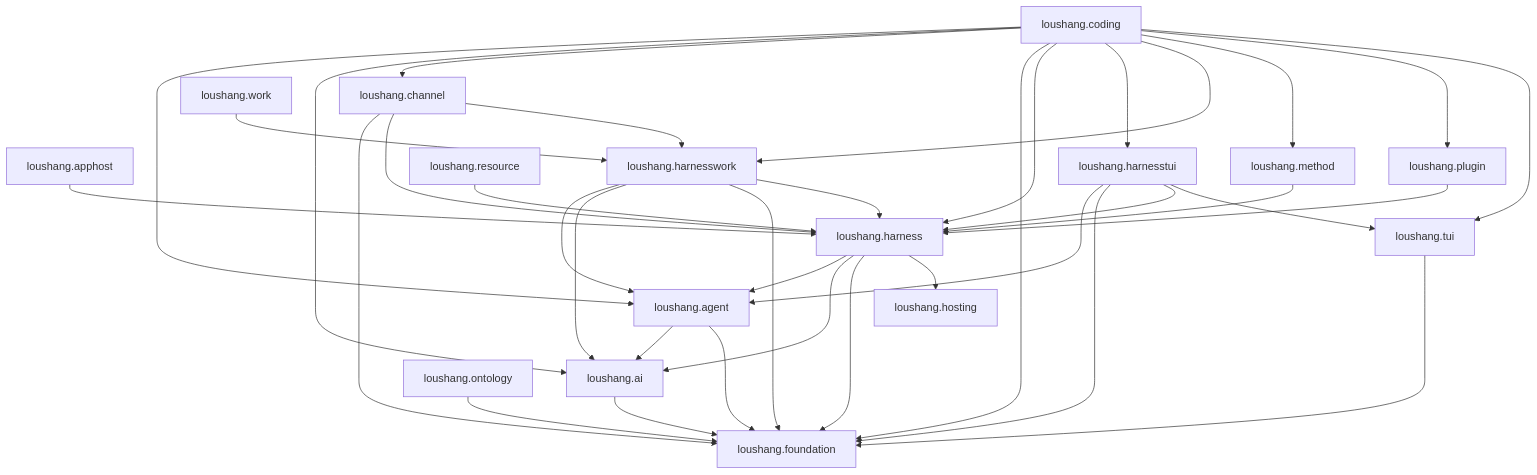
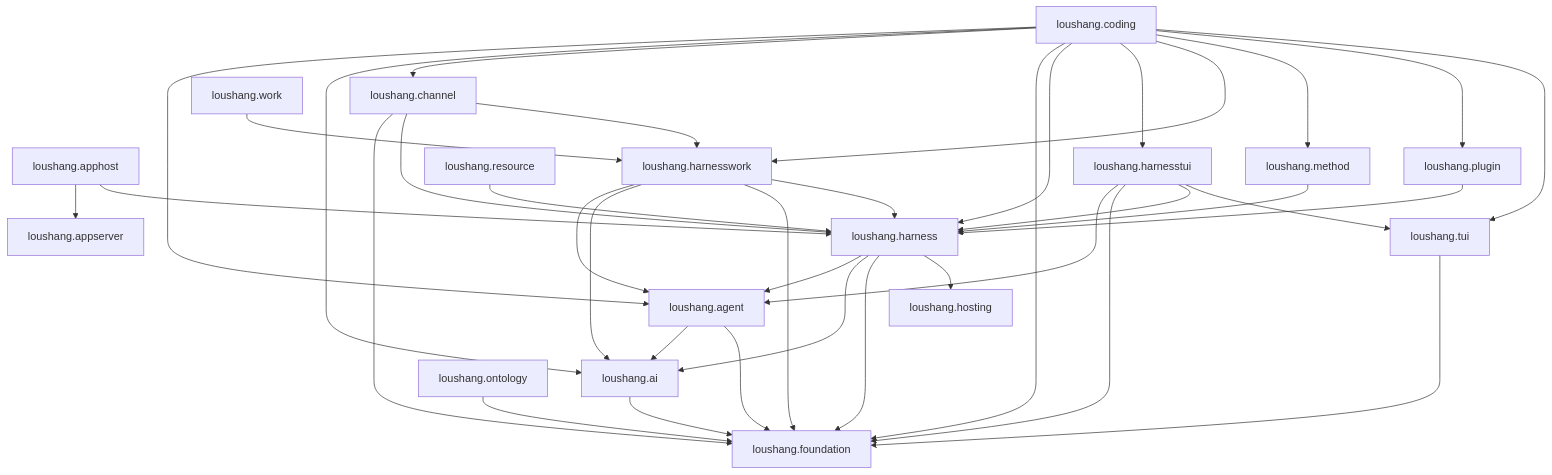
The diagram in docs/internals/architecture/generated/current-package-dependencies.md (zhnt/loushang), drawn with Mermaid before and after one commit. The commit also changed other lines of this file and 35 other files, not shown here.

````diff
--- a/docs/internals/architecture/generated/current-package-dependencies.md
+++ b/docs/internals/architecture/generated/current-package-dependencies.md
@@ -27,55 +27,57 @@
 ```mermaid
 graph TD
     PKG_AGENT["loushang.agent"]
     PKG_AI["loushang.ai"]
     PKG_APPHOST["loushang.apphost"]
+    PKG_APPSERVER["loushang.appserver"]
     PKG_CHANNEL["loushang.channel"]
     PKG_CODING["loushang.coding"]
     PKG_FOUNDATION["loushang.foundation"]
     PKG_HARNESS["loushang.harness"]
     PKG_HARNESSTUI["loushang.harnesstui"]
     PKG_HARNESSWORK["loushang.harnesswork"]
     PKG_HOSTING["loushang.hosting"]
     PKG_METHOD["loushang.method"]
     PKG_ONTOLOGY["loushang.ontology"]
     PKG_PLUGIN["loushang.plugin"]
     PKG_RESOURCE["loushang.resource"]
     PKG_TUI["loushang.tui"]
     PKG_WORK["loushang.work"]
 
     PKG_AGENT --> PKG_AI
     PKG_AGENT --> PKG_FOUNDATION
     PKG_AI --> PKG_FOUNDATION
+    PKG_APPHOST --> PKG_APPSERVER
     PKG_APPHOST --> PKG_HARNESS
     PKG_CHANNEL --> PKG_FOUNDATION
     PKG_CHANNEL --> PKG_HARNESS
     PKG_CHANNEL --> PKG_HARNESSWORK
     PKG_CODING --> PKG_AGENT
     PKG_CODING --> PKG_AI
     PKG_CODING --> PKG_CHANNEL
     PKG_CODING --> PKG_FOUNDATION
     PKG_CODING --> PKG_HARNESS
     PKG_CODING --> PKG_HARNESSTUI
     PKG_CODING --> PKG_HARNESSWORK
     PKG_CODING --> PKG_METHOD
     PKG_CODING --> PKG_PLUGIN
     PKG_CODING --> PKG_TUI
     PKG_HARNESS --> PKG_AGENT
     PKG_HARNESS --> PKG_AI
     PKG_HARNESS --> PKG_FOUNDATION
     PKG_HARNESS --> PKG_HOSTING
     PKG_HARNESSTUI --> PKG_AGENT
     PKG_HARNESSTUI --> PKG_FOUNDATION
     PKG_HARNESSTUI --> PKG_HARNESS
     PKG_HARNESSTUI --> PKG_TUI
     PKG_HARNESSWORK --> PKG_AGENT
     PKG_HARNESSWORK --> PKG_AI
     PKG_HARNESSWORK --> PKG_FOUNDATION
     PKG_HARNESSWORK --> PKG_HARNESS
     PKG_METHOD --> PKG_HARNESS
     PKG_ONTOLOGY --> PKG_FOUNDATION
     PKG_PLUGIN --> PKG_HARNESS
     PKG_RESOURCE --> PKG_HARNESS
     PKG_TUI --> PKG_FOUNDATION
     PKG_WORK --> PKG_HARNESSWORK
 ```
````
